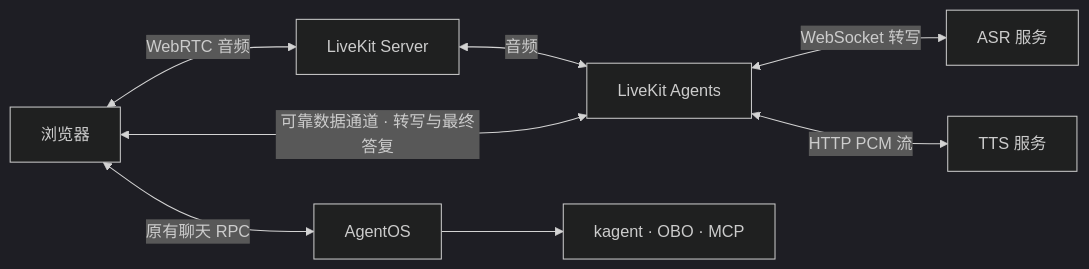
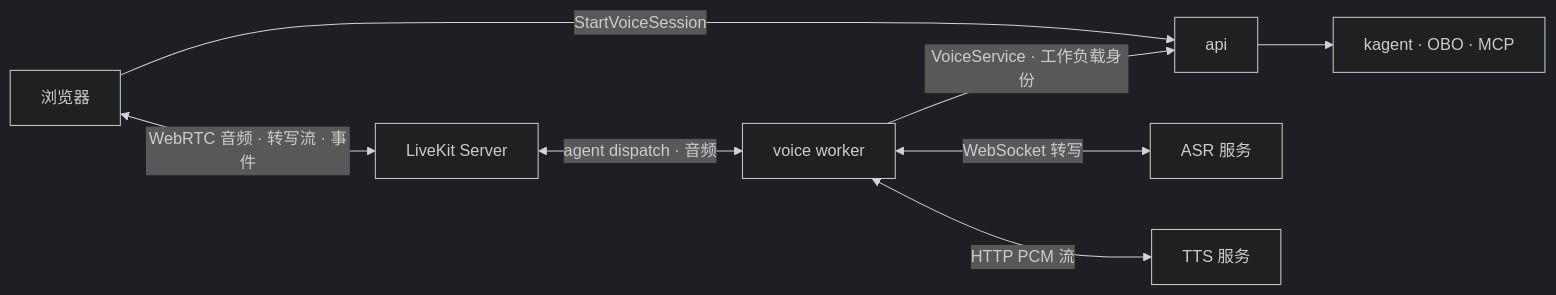
Before and after one commit to pood1e/agentos-platform: the diagram in docs/speech.md, drawn with Mermaid (dark theme). The commit also changed other lines of this file and 90 other files, not shown here.

First line of the commit message:
refactor!: 语音统一经 LiveKit，通话轮次由 voice worker 编排 (#176)

````diff
--- a/docs/speech.md
+++ b/docs/speech.md
@@ -71,10 +5,10 @@
 ```mermaid
 flowchart LR
-    Browser[浏览器] <-->|WebRTC 音频| SFU[LiveKit Server]
-    SFU <-->|音频| Voice[LiveKit Agents]
+    Browser[浏览器] -->|StartVoiceSession| API[api]
+    Browser <-->|WebRTC 音频 · 转写流 · 事件| SFU[LiveKit Server]
+    SFU <-->|agent dispatch · 音频| Voice[voice worker]
+    Voice -->|VoiceService · 工作负载身份| API
     Voice <-->|WebSocket 转写| ASR[ASR 服务]
     Voice <-->|HTTP PCM 流| TTS[TTS 服务]
-    Browser <-->|可靠数据通道 · 转写与最终答复| Voice
-    Browser <-->|原有聊天 RPC| Console[AgentOS]
-    Console --> Kagent[kagent · OBO · MCP]
+    API --> Kagent[kagent · OBO · MCP]
 ```
````
